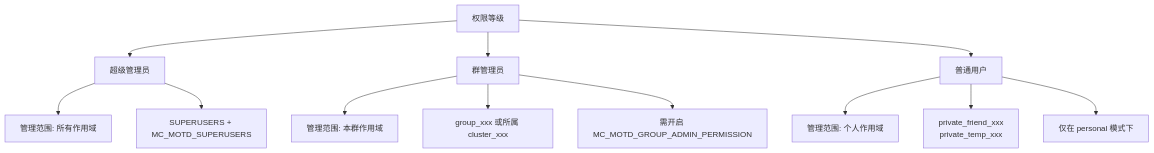
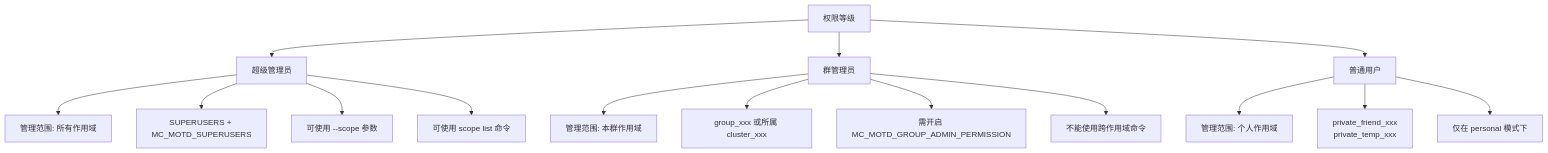
The sixth of 7 diagrams in README.md (AquaOH/nonebot-plugin-mcmotd), drawn with Mermaid before and after one commit. The commit also changed other lines of this file and 6 other files, not shown here.

````diff
--- a/README.md
+++ b/README.md
@@ -297,17 +391,20 @@
 ```mermaid
 graph TD
     A[权限等级] --> B[超级管理员]
     A --> C[群管理员] 
     A --> D[普通用户]
     
     B --> B1[管理范围: 所有作用域]
     B --> B2[SUPERUSERS + MC_MOTD_SUPERUSERS]
+    B --> B3[可使用 --scope 参数]
+    B --> B4[可使用 scope list 命令]
     
     C --> C1[管理范围: 本群作用域]
     C --> C2[group_xxx 或所属 cluster_xxx]
     C --> C3[需开启 MC_MOTD_GROUP_ADMIN_PERMISSION]
+    C --> C4[不能使用跨作用域命令]
     
     D --> D1[管理范围: 个人作用域]
     D --> D2[private_friend_xxx<br/>private_temp_xxx]
     D --> D3[仅在 personal 模式下]
 ```
````
